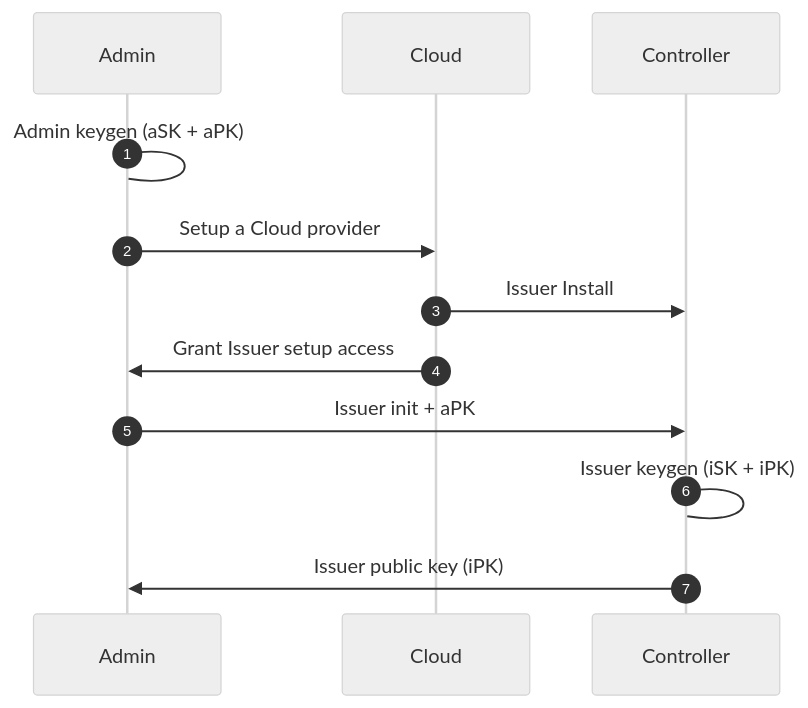
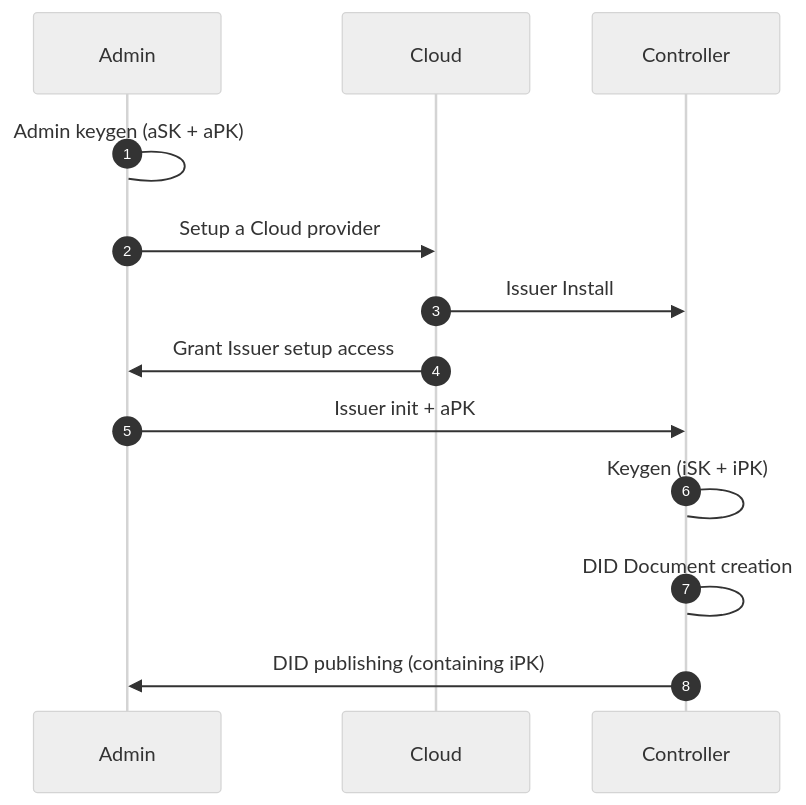
Before and after one commit to dyne/zenswarm: the first of 4 diagrams in README.md, drawn with Mermaid (neutral theme). The commit also changed other lines of this file, not shown here.

First line of the commit message:
update diagrams

````diff
--- a/README.md
+++ b/README.md
@@ -93,14 +93,15 @@
 ```mermaid
 sequenceDiagram
 autonumber
   participant A as Admin
   participant C as Cloud
   participant I as Controller
   A->A: Admin keygen (aSK + aPK)
   A->>C: Setup a Cloud provider
   C->>I: Issuer Install
   C->>A: Grant Issuer setup access
   A->>I: Issuer init + aPK
-  I->I: Issuer keygen (iSK + iPK)
-  I->>A: Issuer public key (iPK)
+  I->I: Keygen (iSK + iPK)
+  I->I: DID Document creation
+  I->>A: DID publishing (containing iPK)
 ```
````
